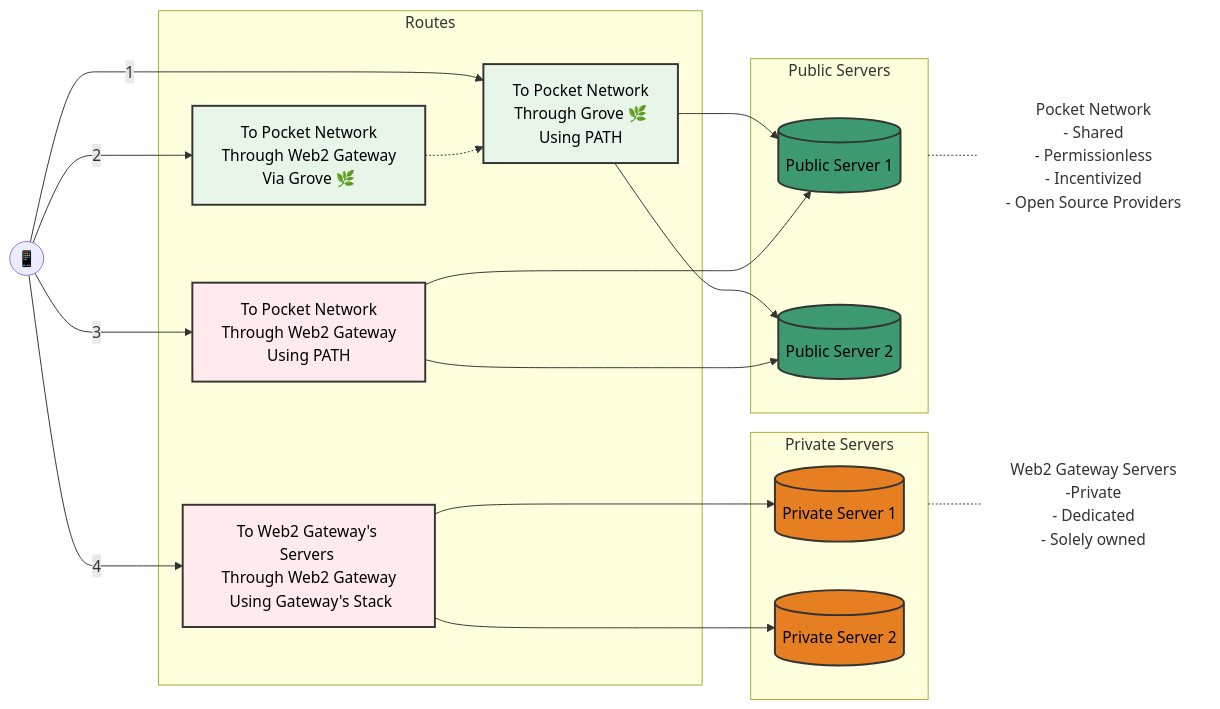
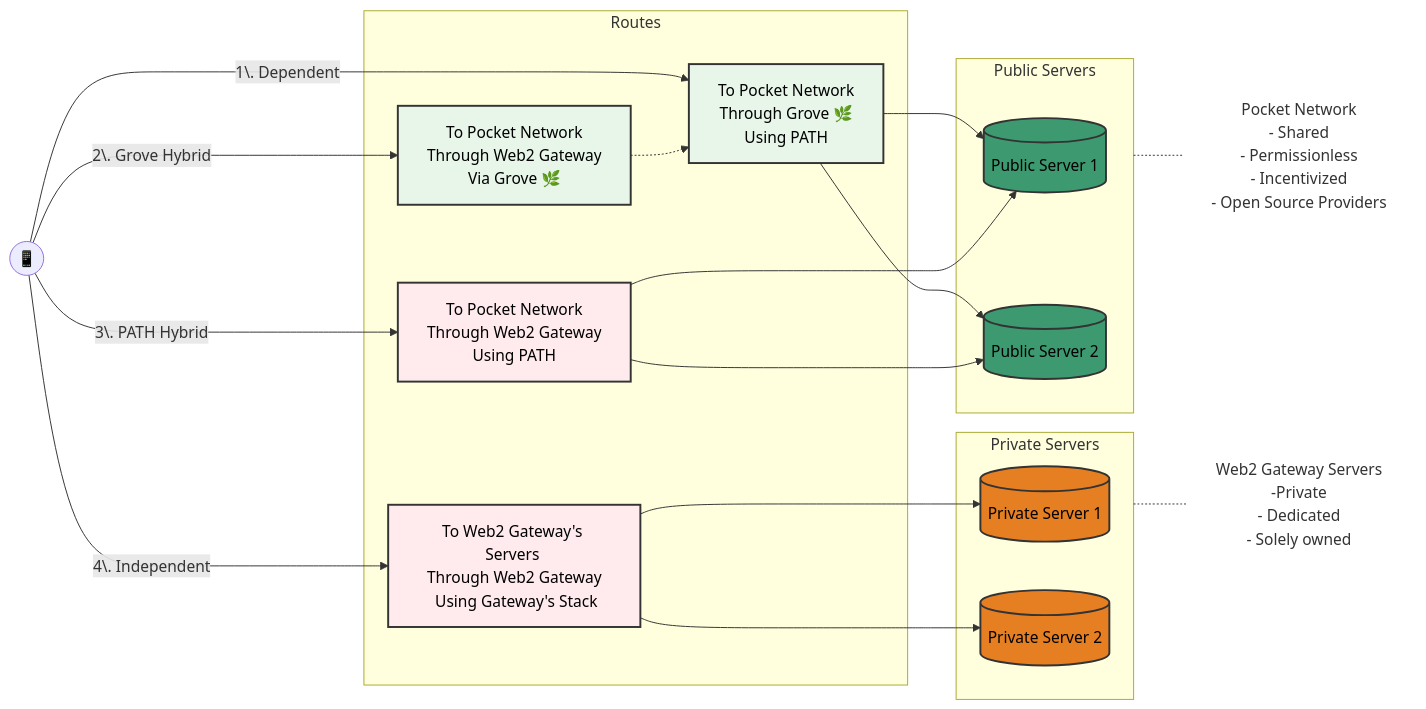
The diagram in docusaurus/docs/README.md (buildwithgrove/path), drawn with Mermaid before and after one commit. The commit also changed other lines of this file, not shown here.

````diff
--- a/docusaurus/docs/README.md
+++ b/docusaurus/docs/README.md
@@ -48,59 +48,59 @@
 ```mermaid
 %%{init: {'flowchart': {'curve': 'basis', 'lineWidth': 2}, 'themeVariables': {'fontFamily': 'arial', 'nodeTextColor': '#000000', 'edgeTextColor': '#000000'}}}%%
 
 flowchart LR
     Mobile((📱))
 
     subgraph Routes
         Grove1["To Pocket Network <br> Through Grove 🌿 <br> Using PATH"]
         Grove2["To Pocket Network <br> Through Web2 Gateway <br> Via Grove 🌿"]
         Grove3["To Pocket Network <br> Through Web2 Gateway <br> Using PATH"]
         Gateway["To Web2 Gateway's Servers <br> Through Web2 Gateway <br> Using Gateway's Stack"]
     end
 
     subgraph PubSrv["Public Servers"]
         Server1[(Public Server 1)]
         Server2[(Public Server 2)]
     end
 
     subgraph PrivSrv["Private Servers"]
         PServer1[(Private Server 1)]
         PServer2[(Private Server 2)]
     end
 
     PubLabel["Pocket Network <br> - Shared <br> - Permissionless <br> - Incentivized <br> - Open Source Providers"]
     PrivLabel["Web2 Gateway Servers <br> -Private <br> - Dedicated <br> - Solely owned"]
 
-    Mobile ---> | 1 | Grove1
-    Mobile ---> | 2 | Grove2
-    Mobile ---> | 3 | Grove3
-    Mobile ---> | 4 | Gateway
+    Mobile ---> | 1\. Dependent | Grove1
+    Mobile ---> | 2\. Grove Hybrid| Grove2
+    Mobile ---> | 3\. PATH Hybrid | Grove3
+    Mobile ---> | 4\. Independent | Gateway
 
     Grove1 --> Server1
     Grove1 --> Server2
 
     Grove2 -.-> Grove1
 
     Grove3 ---> Server1
     Grove3 ---> Server2
 
     Gateway ---> PServer1
     Gateway ---> PServer2
 
 
     %% Label connections
     PubSrv -.- PubLabel
     PrivSrv -.- PrivLabel
 
     %% Styling
     classDef publicServers fill:#3D9970,stroke:#333,stroke-width:2px,color:#000000
     classDef privateServers fill:#E67E22,stroke:#333,stroke-width:2px,color:#000000
     classDef groveRoute fill:#E8F5E9,stroke:#333,stroke-width:2px,color:#000000
     classDef web2Route fill:#FFEBEE,stroke:#333,stroke-width:2px,color:#000000
     classDef labelStyle fill:none,stroke:none
     class Server1,Server2 publicServers
     class PServer1,PServer2 privateServers
     class Grove1,Grove2 groveRoute
     class Grove3,Gateway web2Route
     class PubLabel,PrivLabel labelStyle
 ```
````
